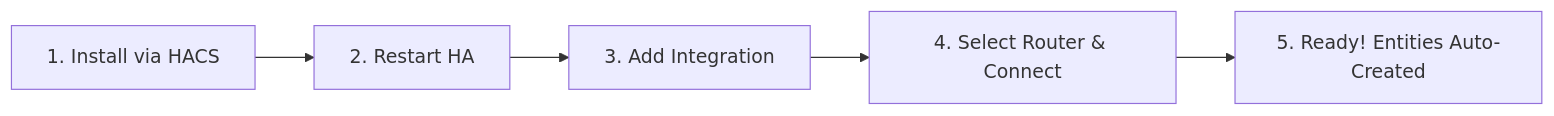
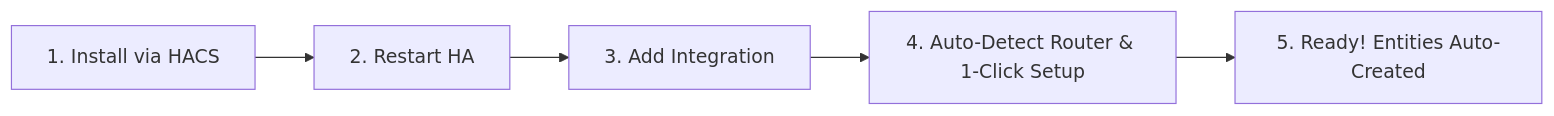
Before and after one commit to AssafMiron/WiFiSense-Mapper: the diagram in README.md, drawn with Mermaid. The commit also changed other lines of this file and 5 other files, not shown here.

````diff
--- a/README.md
+++ b/README.md
@@ -62,7 +63,7 @@
 ```mermaid
 flowchart LR
     Install["1. Install via HACS"] --> Restart["2. Restart HA"]
     Restart --> Add["3. Add Integration"]
-    Add --> Config["4. Select Router & Connect"]
+    Add --> Config["4. Auto-Detect Router & 1-Click Setup"]
     Config --> Ready["5. Ready! Entities Auto-Created"]
 ```
````
